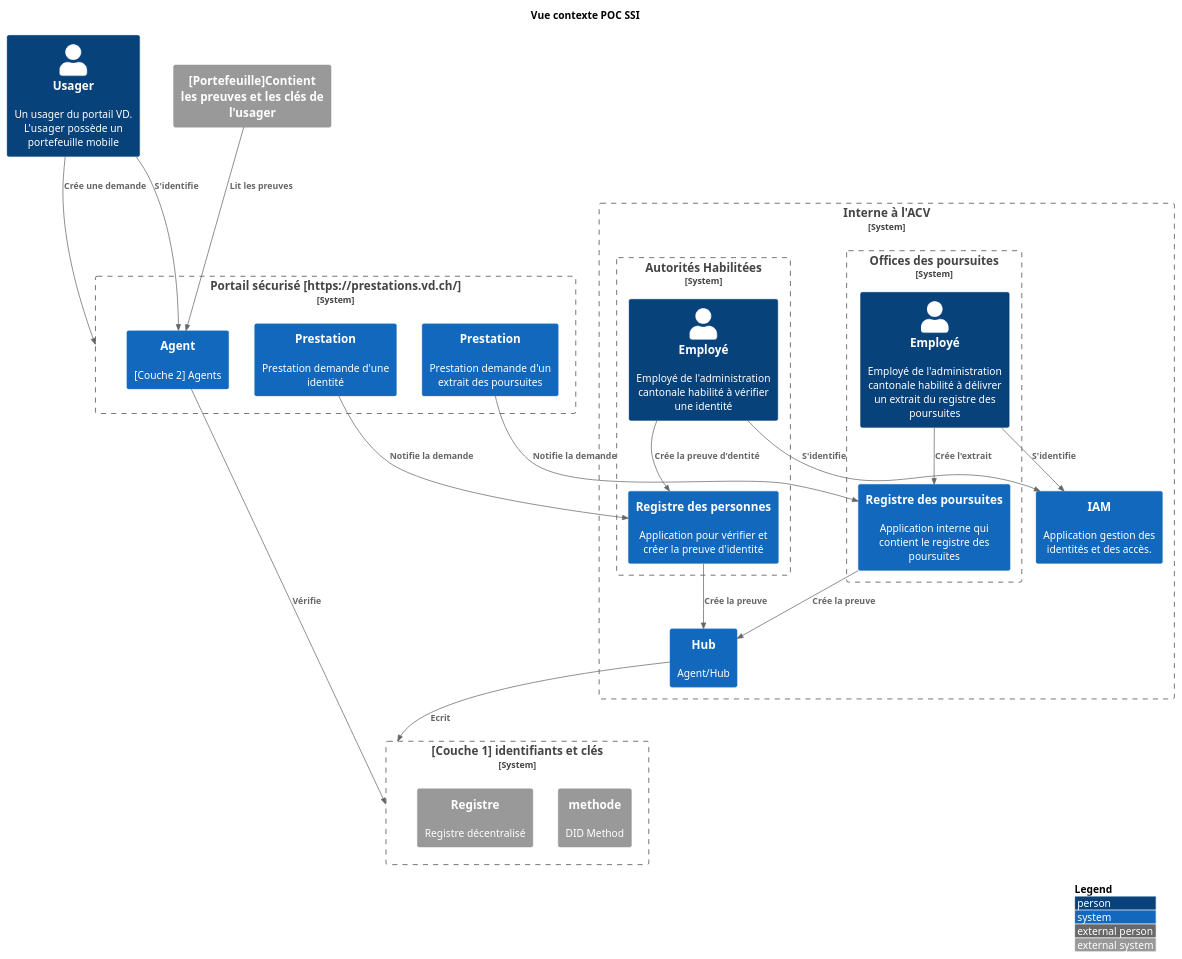
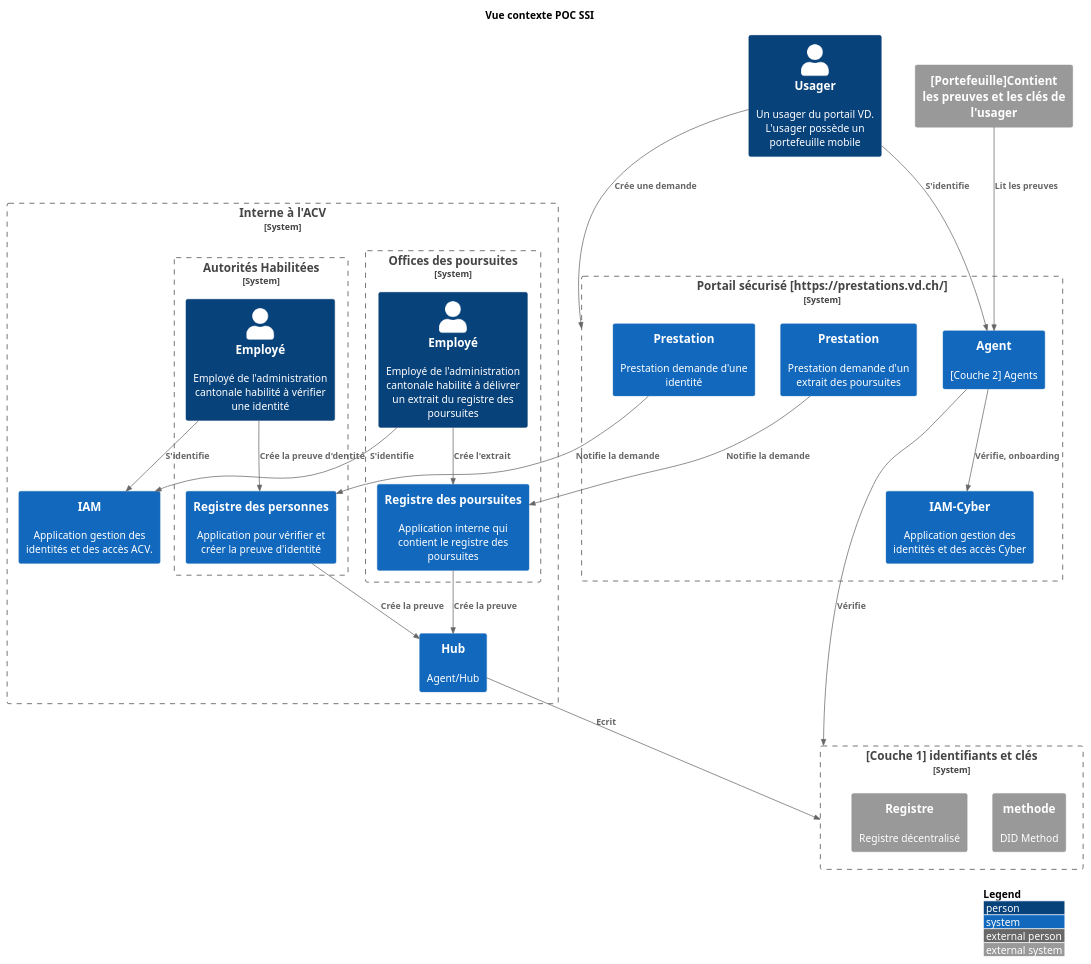
Before and after one commit to DSI-VD/poc_ssi_doc_arch: the diagram in src/context.puml, drawn with PlantUML. The commit also changed 2 other files, not shown here.

Commit message:
Add text for context diagram level 1

```diff
--- a/src/context.puml
+++ b/src/context.puml
@@ -1,47 +1,49 @@
 @startuml Context
 !include https://raw.githubusercontent.com/adrianvlupu/C4-PlantUML/latest/C4_Context.puml
 
 LAYOUT_WITH_LEGEND()
 HIDE_STEREOTYPE()
 
 title Vue contexte POC SSI
 
 Person(usa, "Usager", "Un usager du portail VD. L'usager possède un portefeuille mobile")
 System_Ext(waet,"[Portefeuille]Contient les preuves et les clés de l'usager")
 
 System_Boundary(pvd, "Portail sécurisé [https://prestations.vd.ch/]"){
     System(pep, "Prestation", "Prestation demande d'un extrait des poursuites") 
     System(peid, "Prestation", "Prestation demande d'une identité")
+    System(iam_c, "IAM-Cyber", "Application gestion des identités et des accès Cyber") 
     System(age, "Agent", "[Couche 2] Agents") 
 }
 System_Boundary(acv, "Interne à l'ACV"){
     System_Boundary(odp, "Offices des poursuites"){
         Person(pofp, "Employé", "Employé de l'administration cantonale habilité à délivrer un extrait du registre des poursuites")
         System(arp, "Registre des poursuites", "Application interne qui contient le registre des poursuites")
     }
     System_Boundary(jup, "Autorités Habilitées"){
         Person(pjp, "Employé", "Employé de l'administration cantonale habilité à vérifier une identité")
         System(rcpers, "Registre des personnes", "Application pour vérifier et créer la preuve d'identité")
     }
-    System(iam, "IAM", "Application gestion des identités et des accès.") 
+    System(iam, "IAM", "Application gestion des identités et des accès ACV.") 
     System(hub, "Hub", "Agent/Hub")   
 }
 System_Boundary(id_key, "[Couche 1] identifiants et clés"){
     System_Ext(did_m, "methode", "DID Method")
     System_Ext(did_r, "Registre", "Registre décentralisé")  
 }
 
 Rel(usa, age, "S'identifie")
 Rel(usa, pvd, "Crée une demande")
 Rel(pofp, arp, "Crée l'extrait")
 Rel(pofp, iam, "S'identifie")
 Rel(age, id_key, "Vérifie")
 Rel(waet, age, "Lit les preuves")
 Rel(pjp, rcpers, "Crée la preuve d'dentité")
 Rel(pjp, iam, "S'identifie")
 Rel(arp, hub, "Crée la preuve")
 Rel(rcpers, hub, "Crée la preuve")
 Rel(hub,id_key , "Ecrit")
 Rel(pep,arp , "Notifie la demande")
 Rel(peid,rcpers , "Notifie la demande")
+Rel(age,iam_c,"Vérifie, onboarding")
 @enduml
```
